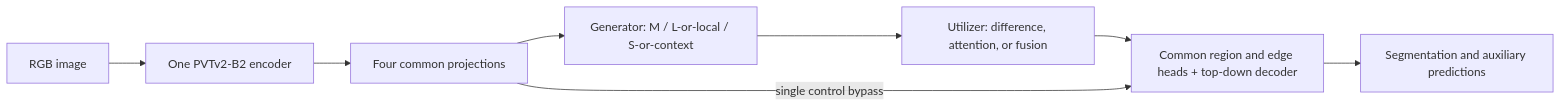
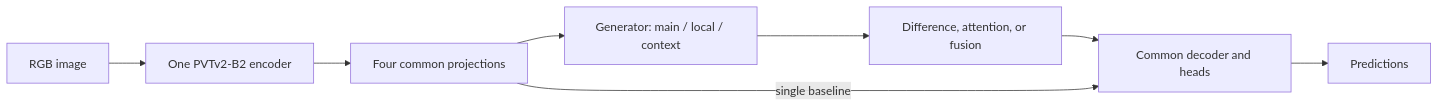
Before and after one commit to mithila15/INS-COD-Pseudo-Scale-Mechanism: the diagram in Experiments/shMin_2026-10-28/FSA-Pseudo-Scale-Study/README.md, drawn with Mermaid. The commit also changed other lines of this file and 6 other files, not shown here.

````diff
--- a/Experiments/shMin_2026-10-28/FSA-Pseudo-Scale-Study/README.md
+++ b/Experiments/shMin_2026-10-28/FSA-Pseudo-Scale-Study/README.md
@@ -17,10 +40,10 @@
 ```mermaid
 flowchart LR
     X[RGB image] --> E[One PVTv2-B2 encoder]
     E --> P[Four common projections]
-    P --> G[Generator: M / L-or-local / S-or-context]
-    G --> U[Utilizer: difference, attention, or fusion]
-    U --> D[Common region and edge heads + top-down decoder]
-    P -->|single control bypass| D
-    D --> Y[Segmentation and auxiliary predictions]
+    P --> G[Generator: main / local / context]
+    G --> U[Difference, attention, or fusion]
+    U --> D[Common decoder and heads]
+    P -->|single baseline| D
+    D --> Y[Predictions]
 ```
````
